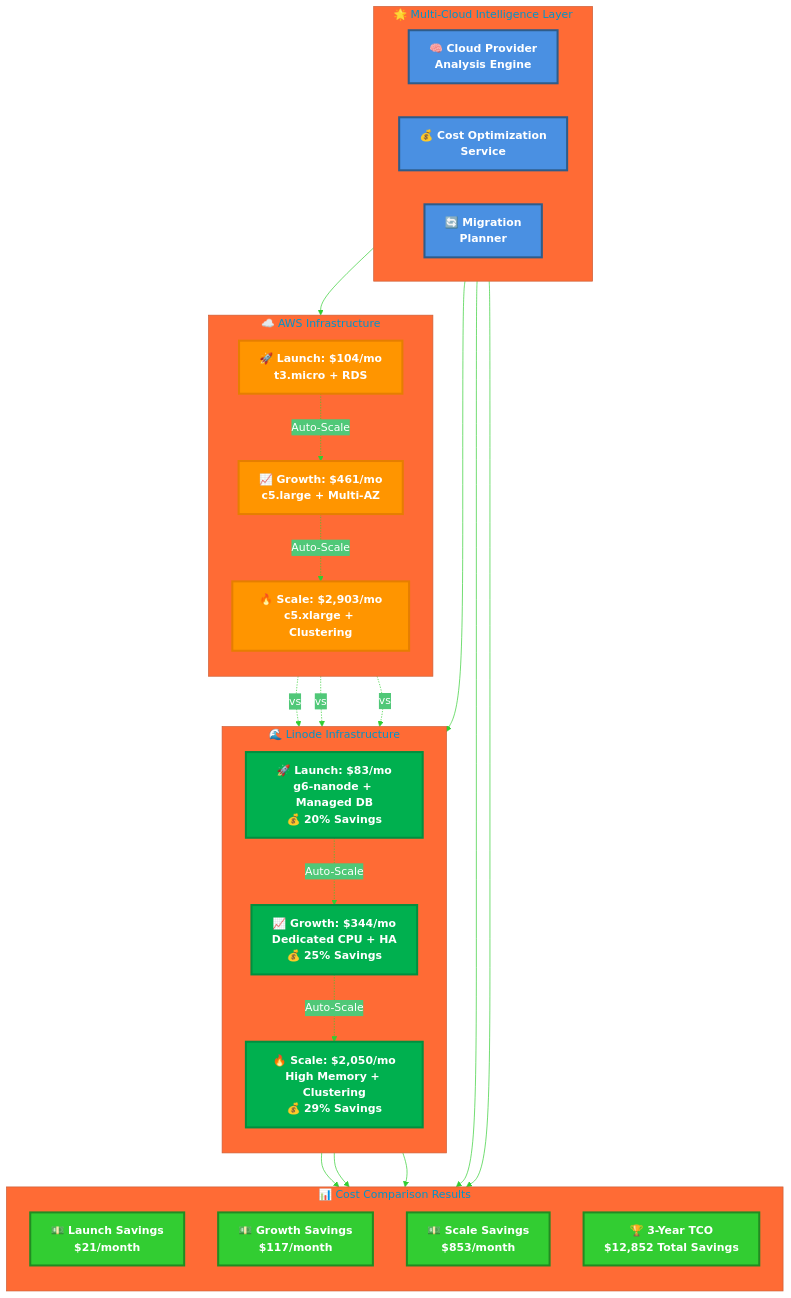
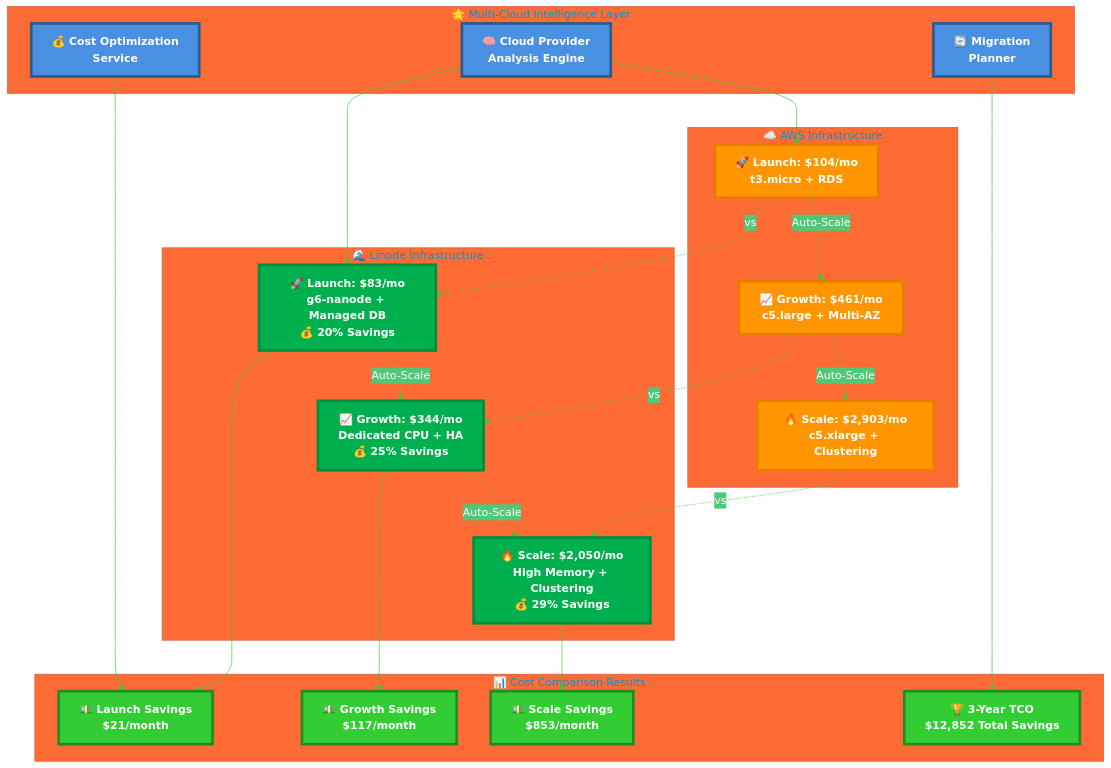
One commit to abdoElHodaky/transportapp changed the second of 5 diagrams in README.md. Above: the diagram before and after it, drawn with Mermaid. The commit also changed other lines of this file and 2 other files, not shown here.

````diff
--- a/README.md
+++ b/README.md
@@ -313,79 +313,71 @@
 ```mermaid
 %%{init: {
   'theme': 'base',
   'themeVariables': {
+    'background': 'transparent',
     'primaryColor': '#4A90E2',
     'primaryTextColor': '#ffffff',
     'primaryBorderColor': '#2E5C8A',
     'lineColor': '#32CD32',
     'secondaryColor': '#50C878',
-    'tertiaryColor': '#FF6B35',
-    'background': '#ffffff',
-    'mainBkg': '#4A90E2',
-    'secondBkg': '#50C878',
-    'tertiaryBkg': '#FF6B35'
+    'tertiaryColor': '#FF6B35'
   }
 }}%%
 graph TB
-    subgraph "🌟 Multi-Cloud Intelligence Layer"
-        direction LR
-        CPA[🧠 Cloud Provider<br/>Analysis Engine]
-        COS[💰 Cost Optimization<br/>Service]
-        MIG[🔄 Migration<br/>Planner]
+    subgraph Intelligence["🌟 Multi-Cloud Intelligence Layer"]
+        CPA["🧠 Cloud Provider<br/>Analysis Engine"]
+        COS["💰 Cost Optimization<br/>Service"]
+        MIG["🔄 Migration<br/>Planner"]
     end
     
-    subgraph "☁️ AWS Infrastructure"
-        direction TB
-        AWS_L[🚀 Launch: $104/mo<br/>t3.micro + RDS]
-        AWS_G[📈 Growth: $461/mo<br/>c5.large + Multi-AZ]
-        AWS_S[🔥 Scale: $2,903/mo<br/>c5.xlarge + Clustering]
+    subgraph AWS["☁️ AWS Infrastructure"]
+        AWS_L["🚀 Launch: $104/mo<br/>t3.micro + RDS"]
+        AWS_G["📈 Growth: $461/mo<br/>c5.large + Multi-AZ"]
+        AWS_S["🔥 Scale: $2,903/mo<br/>c5.xlarge + Clustering"]
     end
     
-    subgraph "🌊 Linode Infrastructure"
-        direction TB
-        LIN_L[🚀 Launch: $83/mo<br/>g6-nanode + Managed DB<br/>💰 20% Savings]
-        LIN_G[📈 Growth: $344/mo<br/>Dedicated CPU + HA<br/>💰 25% Savings]
-        LIN_S[🔥 Scale: $2,050/mo<br/>High Memory + Clustering<br/>💰 29% Savings]
+    subgraph Linode["🌊 Linode Infrastructure"]
+        LIN_L["🚀 Launch: $83/mo<br/>g6-nanode + Managed DB<br/>💰 20% Savings"]
+        LIN_G["📈 Growth: $344/mo<br/>Dedicated CPU + HA<br/>💰 25% Savings"]
+        LIN_S["🔥 Scale: $2,050/mo<br/>High Memory + Clustering<br/>💰 29% Savings"]
     end
     
-    subgraph "📊 Cost Comparison Results"
-        direction TB
-        SAV_L[💵 Launch Savings<br/>$21/month]
-        SAV_G[💵 Growth Savings<br/>$117/month]
-        SAV_S[💵 Scale Savings<br/>$853/month]
-        TCO[🏆 3-Year TCO<br/>$12,852 Total Savings]
+    subgraph Savings["📊 Cost Comparison Results"]
+        SAV_L["💵 Launch Savings<br/>$21/month"]
+        SAV_G["💵 Growth Savings<br/>$117/month"]
+        SAV_S["💵 Scale Savings<br/>$853/month"]
+        TCO["🏆 3-Year TCO<br/>$12,852 Total Savings"]
     end
     
     %% Intelligence connections
     CPA --> AWS_L
     CPA --> LIN_L
     COS --> SAV_L
     MIG --> TCO
     
     %% Phase progression
     AWS_L -.->|Auto-Scale| AWS_G
     AWS_G -.->|Auto-Scale| AWS_S
     LIN_L -.->|Auto-Scale| LIN_G
     LIN_G -.->|Auto-Scale| LIN_S
     
     %% Cost comparisons
     AWS_L -.->|vs| LIN_L
     AWS_G -.->|vs| LIN_G
     AWS_S -.->|vs| LIN_S
     
     LIN_L --> SAV_L
     LIN_G --> SAV_G
     LIN_S --> SAV_S
     
-    %% Enhanced Styling
-    classDef intelligence fill:#4A90E2,stroke:#2E5C8A,stroke-width:3px,color:#ffffff,font-weight:bold
-    classDef aws fill:#FF9500,stroke:#E67E00,stroke-width:3px,color:#ffffff,font-weight:bold
-    classDef linode fill:#00B04F,stroke:#008F3F,stroke-width:3px,color:#ffffff,font-weight:bold
-    classDef savings fill:#32CD32,stroke:#228B22,stroke-width:3px,color:#ffffff,font-weight:bold
-    classDef migration fill:#9B59B6,stroke:#8E44AD,stroke-width:2px,color:#ffffff,font-style:italic
+    %% Professional Styling with Transparency
+    classDef intelligence fill:#4A90E2,stroke:#2E5C8A,stroke-width:4px,color:#ffffff,font-weight:bold
+    classDef aws fill:#FF9500,stroke:#E67E00,stroke-width:4px,color:#ffffff,font-weight:bold
+    classDef linode fill:#00B04F,stroke:#008F3F,stroke-width:4px,color:#ffffff,font-weight:bold
+    classDef savings fill:#32CD32,stroke:#228B22,stroke-width:4px,color:#ffffff,font-weight:bold
     
     class CPA,COS,MIG intelligence
     class AWS_L,AWS_G,AWS_S aws
     class LIN_L,LIN_G,LIN_S linode
     class SAV_L,SAV_G,SAV_S,TCO savings
 ```
````
